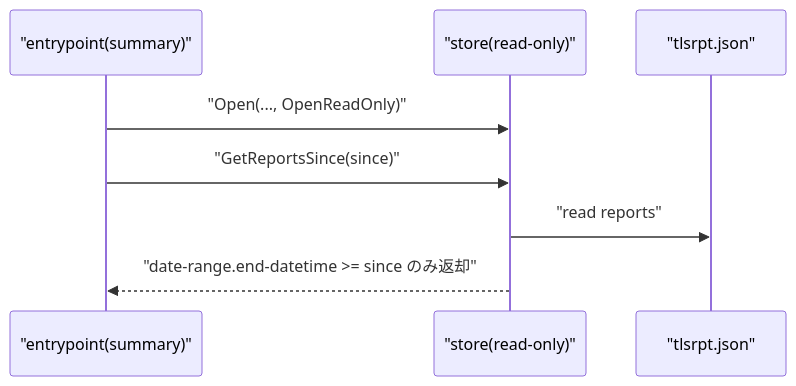
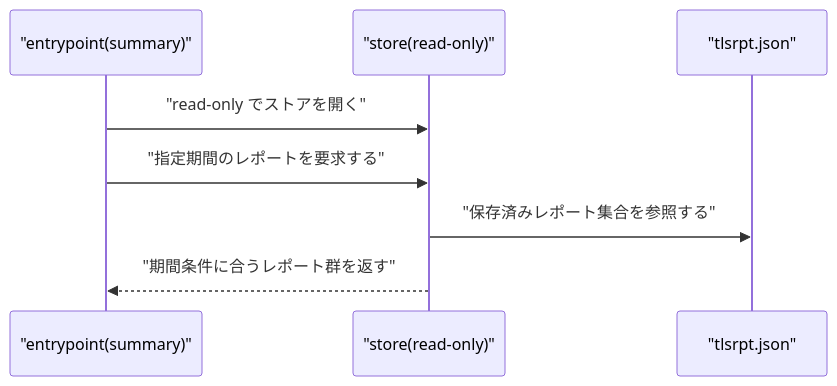
The tenth of 15 diagrams in docs/tasks/0040_store/02_architecture.md (isseis/tlsrpt-digest), drawn with Mermaid before and after one commit. The commit also changed other lines of this file, not shown here.

First line of the commit message:
docs(task 0040): refine store architecture design

````diff
--- a/docs/tasks/0040_store/02_architecture.md
+++ b/docs/tasks/0040_store/02_architecture.md
@@ -368,11 +393,11 @@
 ```mermaid
 sequenceDiagram
     participant EP as "entrypoint(summary)"
     participant ST as "store(read-only)"
     participant DF as "tlsrpt.json"
 
-    EP->>ST: "Open(..., OpenReadOnly)"
-    EP->>ST: "GetReportsSince(since)"
-    ST->>DF: "read reports"
-    ST-->>EP: "date-range.end-datetime >= since のみ返却"
+    EP->>ST: "read-only でストアを開く"
+    EP->>ST: "指定期間のレポートを要求する"
+    ST->>DF: "保存済みレポート集合を参照する"
+    ST-->>EP: "期間条件に合うレポート群を返す"
 ```
````
